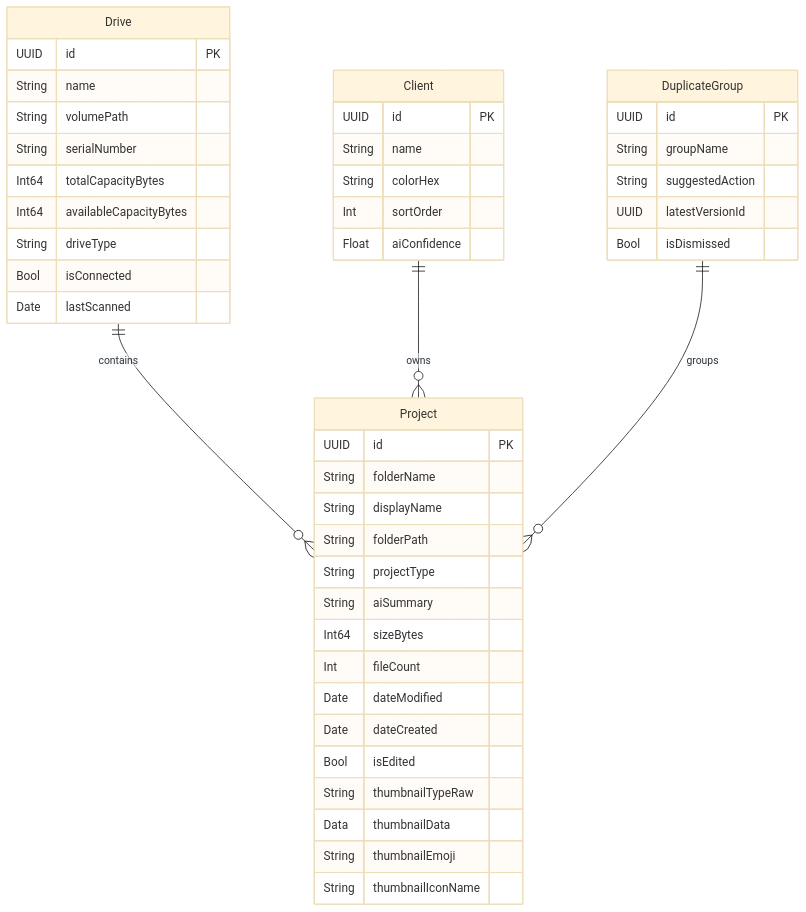
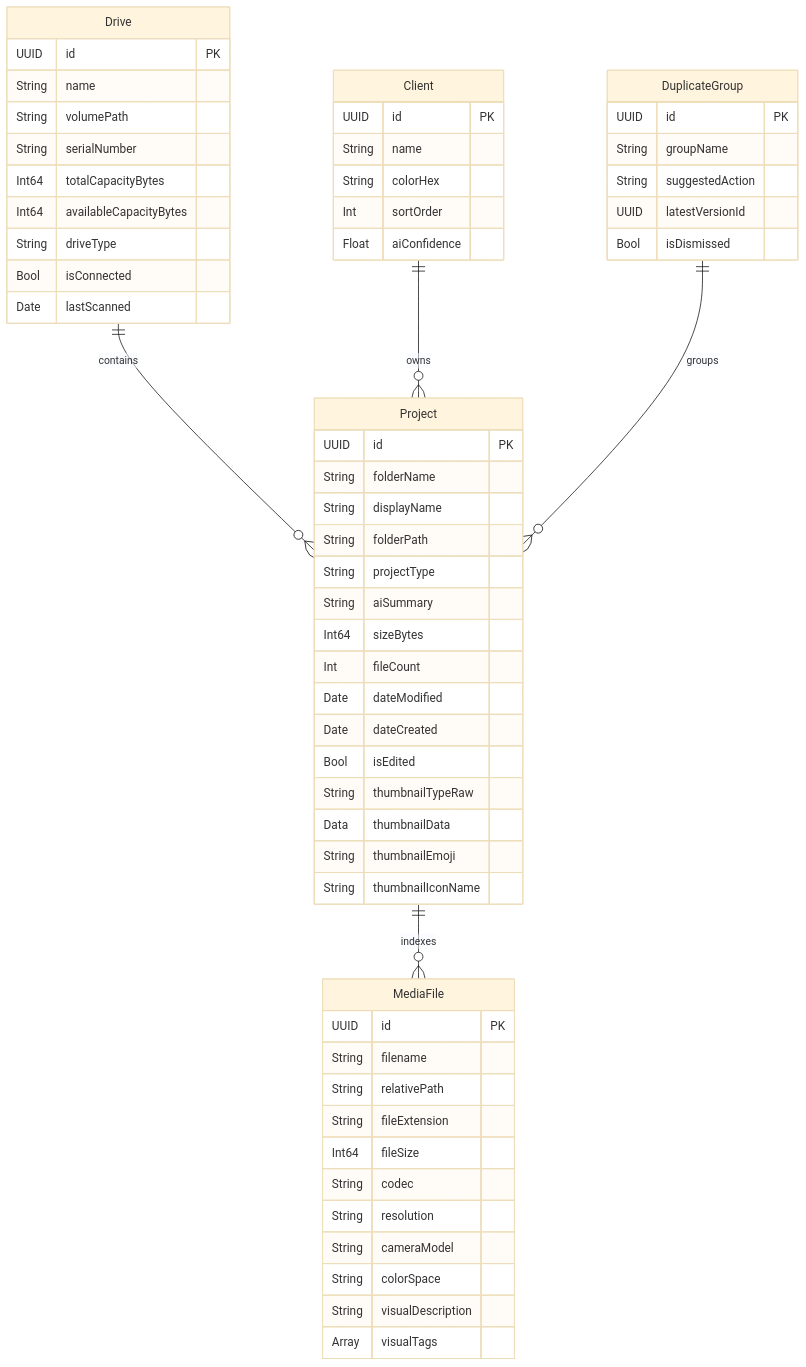
Before and after one commit to timon2200/hdd-catalogue: the diagram in README.md, drawn with Mermaid (base theme). The commit also changed other lines of this file and 40 other files, not shown here.

````diff
--- a/README.md
+++ b/README.md
@@ -182,52 +210,67 @@
 ```mermaid
 erDiagram
     Drive ||--o{ Project : contains
     Client ||--o{ Project : owns
+    Project ||--o{ MediaFile : indexes
     DuplicateGroup ||--o{ Project : groups
 
     Drive {
         UUID id PK
         String name
         String volumePath
         String serialNumber
         Int64 totalCapacityBytes
         Int64 availableCapacityBytes
         String driveType
         Bool isConnected
         Date lastScanned
     }
 
     Project {
         UUID id PK
         String folderName
         String displayName
         String folderPath
         String projectType
         String aiSummary
         Int64 sizeBytes
         Int fileCount
         Date dateModified
         Date dateCreated
         Bool isEdited
         String thumbnailTypeRaw
         Data thumbnailData
         String thumbnailEmoji
         String thumbnailIconName
     }
 
+    MediaFile {
+        UUID id PK
+        String filename
+        String relativePath
+        String fileExtension
+        Int64 fileSize
+        String codec
+        String resolution
+        String cameraModel
+        String colorSpace
+        String visualDescription
+        Array visualTags
+    }
+
     Client {
         UUID id PK
         String name
         String colorHex
         Int sortOrder
         Float aiConfidence
     }
 
     DuplicateGroup {
         UUID id PK
         String groupName
         String suggestedAction
         UUID latestVersionId
         Bool isDismissed
     }
 ```
````
